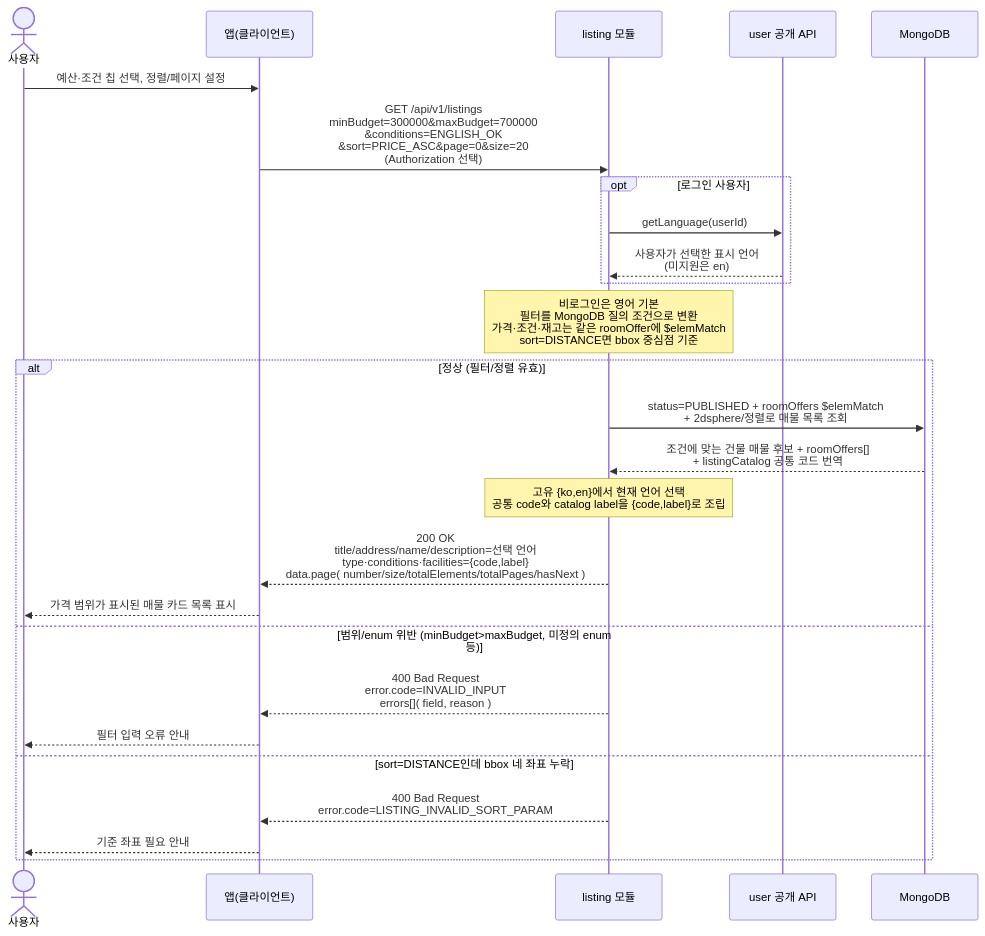
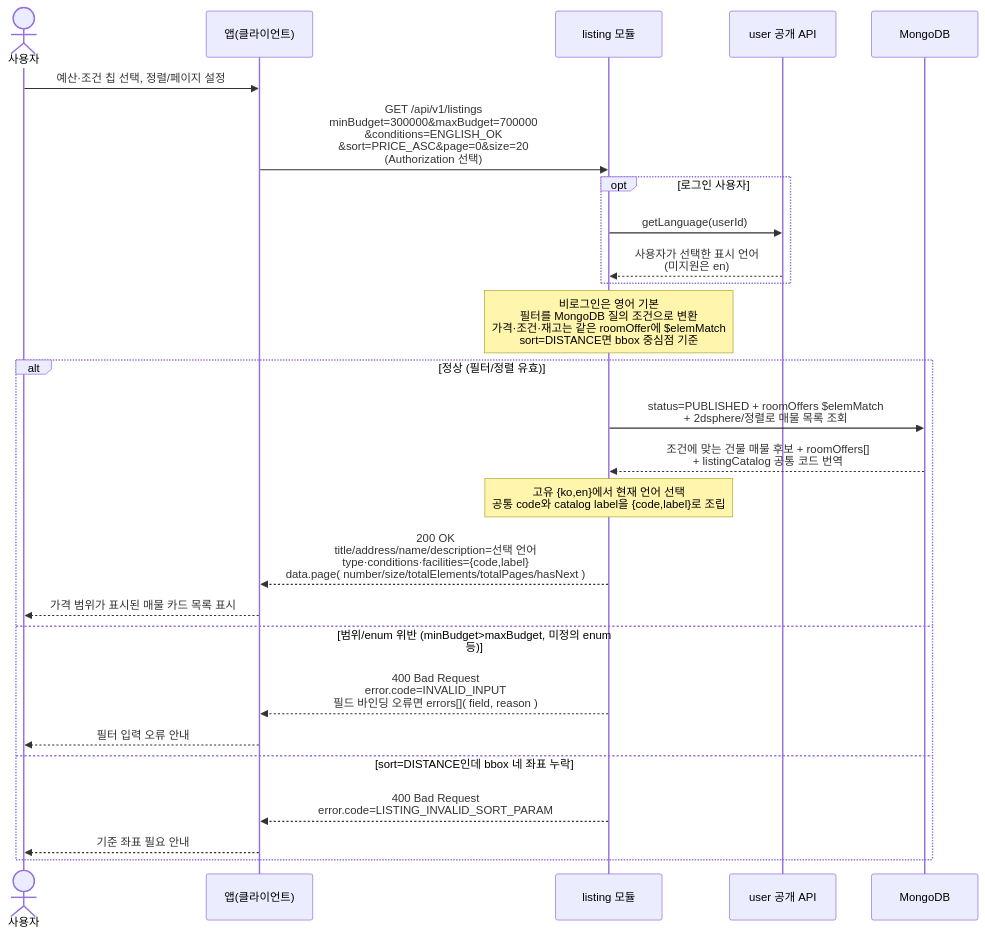
One commit to jameskim9509/Kohere-backend changed the diagram in docs/architecture/sequence-diagrams/03-listings-favorites/us-3-1-listing-list-explore.md. Above: the diagram before and after it, drawn with Mermaid. The commit also changed other lines of this file and 13 other files, not shown here.

````diff
--- a/docs/architecture/sequence-diagrams/03-listings-favorites/us-3-1-listing-list-explore.md
+++ b/docs/architecture/sequence-diagrams/03-listings-favorites/us-3-1-listing-list-explore.md
@@ -5,29 +5,29 @@
 ```mermaid
 sequenceDiagram
     actor U as 사용자
     participant C as 앱(클라이언트)
     participant LIST as listing 모듈
     participant USER as user 공개 API
     participant DB as MongoDB
 
     U->>C: 예산·조건 칩 선택, 정렬/페이지 설정
     C->>LIST: GET /api/v1/listings<br/>minBudget=300000&maxBudget=700000<br/>&conditions=ENGLISH_OK<br/>&sort=PRICE_ASC&page=0&size=20<br/>(Authorization 선택)
     opt 로그인 사용자
         LIST->>USER: getLanguage(userId)
         USER-->>LIST: 사용자가 선택한 표시 언어<br/>(미지원은 en)
     end
     Note over LIST: 비로그인은 영어 기본<br/>필터를 MongoDB 질의 조건으로 변환<br/>가격·조건·재고는 같은 roomOffer에 $elemMatch<br/>sort=DISTANCE면 bbox 중심점 기준
     alt 정상 (필터/정렬 유효)
         LIST->>DB: status=PUBLISHED + roomOffers $elemMatch<br/>+ 2dsphere/정렬로 매물 목록 조회
         DB-->>LIST: 조건에 맞는 건물 매물 후보 + roomOffers[]<br/>+ listingCatalog 공통 코드 번역
         Note over LIST: 고유 {ko,en}에서 현재 언어 선택<br/>공통 code와 catalog label을 {code,label}로 조립
         LIST-->>C: 200 OK<br/>title/address/name/description=선택 언어<br/>type·conditions·facilities={code,label}<br/>data.page( number/size/totalElements/totalPages/hasNext )
         C-->>U: 가격 범위가 표시된 매물 카드 목록 표시
     else 범위/enum 위반 (minBudget>maxBudget, 미정의 enum 등)
-        LIST-->>C: 400 Bad Request<br/>error.code=INVALID_INPUT<br/>errors[]( field, reason )
+        LIST-->>C: 400 Bad Request<br/>error.code=INVALID_INPUT<br/>필드 바인딩 오류면 errors[]( field, reason )
         C-->>U: 필터 입력 오류 안내
     else sort=DISTANCE인데 bbox 네 좌표 누락
         LIST-->>C: 400 Bad Request<br/>error.code=LISTING_INVALID_SORT_PARAM
         C-->>U: 기준 좌표 필요 안내
     end
 ```
````
